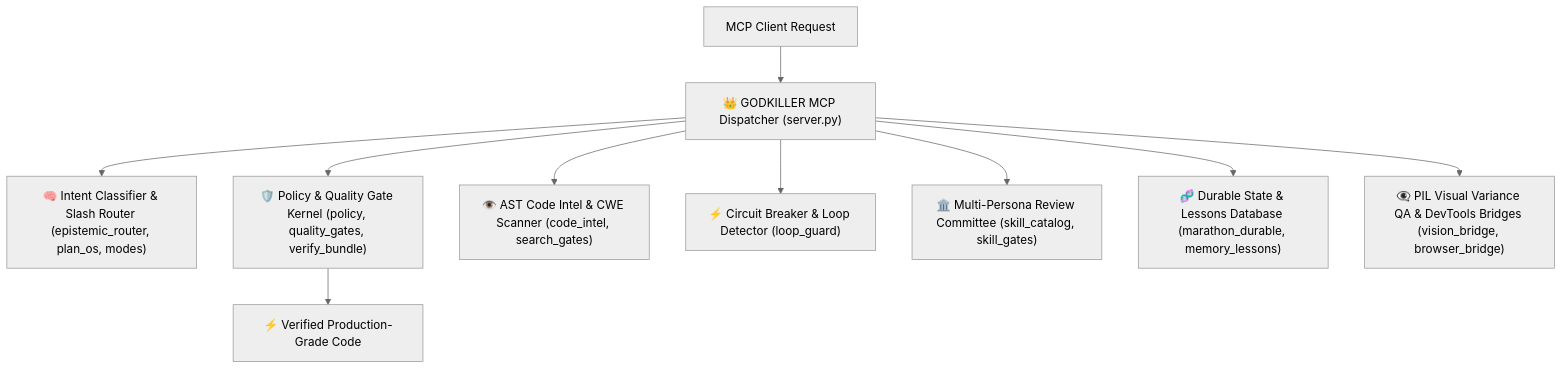
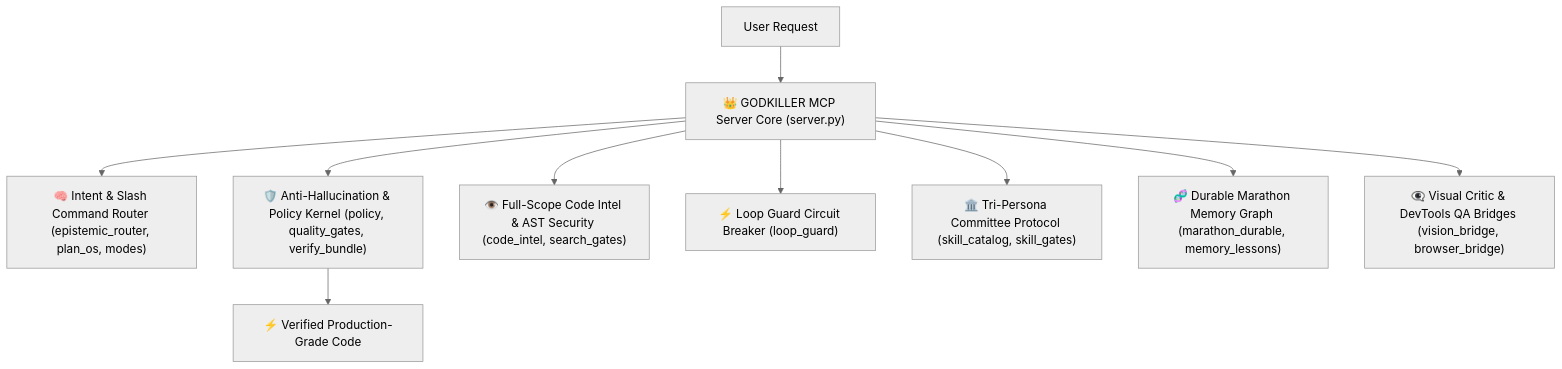
One commit to taurus42119-stack/godkiller-mcp changed the second of 3 diagrams in README.md. Above: the diagram before and after it, drawn with Mermaid (neutral theme). The commit also changed other lines of this file, not shown here.

First line of the commit message:
docs: restore full marketing README with failure modes, gates, and lab scorecard

````diff
--- a/README.md
+++ b/README.md
@@ -58,12 +63,12 @@
 ```mermaid
 graph TD
-    A["MCP Client Request"] --> B["👑 GODKILLER MCP Dispatcher (server.py)"]
-    B --> C["🧠 Intent Classifier & Slash Router (epistemic_router, plan_os, modes)"]
-    B --> D["🛡️ Policy & Quality Gate Kernel (policy, quality_gates, verify_bundle)"]
-    B --> E["👁️ AST Code Intel & CWE Scanner (code_intel, search_gates)"]
-    B --> F["⚡ Circuit Breaker & Loop Detector (loop_guard)"]
-    B --> G["🏛️ Multi-Persona Review Committee (skill_catalog, skill_gates)"]
-    B --> H["🧬 Durable State & Lessons Database (marathon_durable, memory_lessons)"]
-    B --> I["👁️‍🗨️ PIL Visual Variance QA & DevTools Bridges (vision_bridge, browser_bridge)"]
+    A["User Request"] --> B["👑 GODKILLER MCP Server Core (server.py)"]
+    B --> C["🧠 Intent & Slash Command Router (epistemic_router, plan_os, modes)"]
+    B --> D["🛡️ Anti-Hallucination & Policy Kernel (policy, quality_gates, verify_bundle)"]
+    B --> E["👁️ Full-Scope Code Intel & AST Security (code_intel, search_gates)"]
+    B --> F["⚡ Loop Guard Circuit Breaker (loop_guard)"]
+    B --> G["🏛️ Tri-Persona Committee Protocol (skill_catalog, skill_gates)"]
+    B --> H["🧬 Durable Marathon Memory Graph (marathon_durable, memory_lessons)"]
+    B --> I["👁️‍🗨️ Visual Critic & DevTools QA Bridges (vision_bridge, browser_bridge)"]
     D --> J["⚡ Verified Production-Grade Code"]
 ```
````
